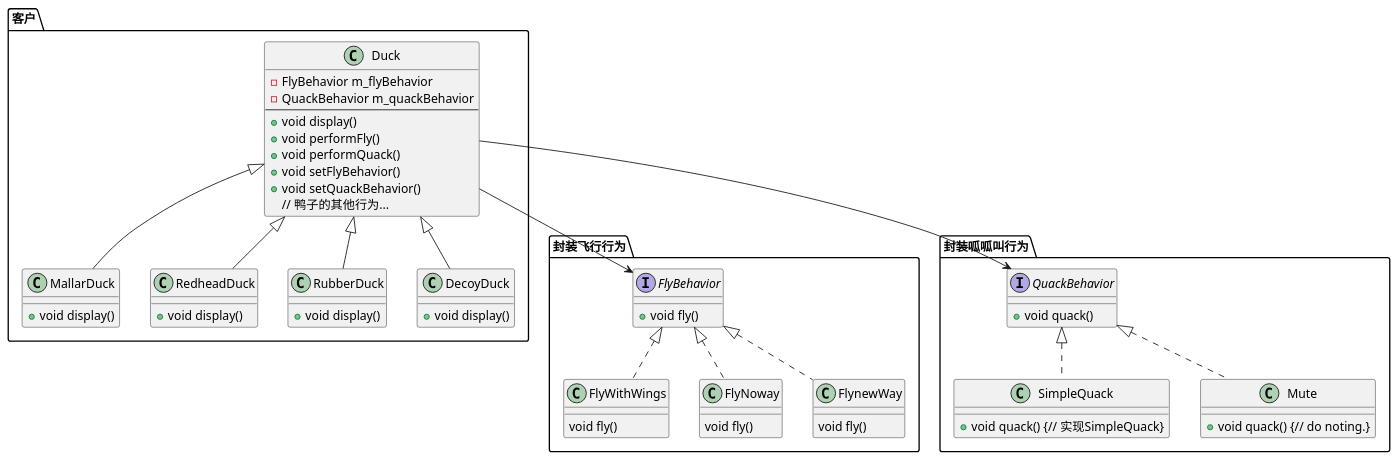
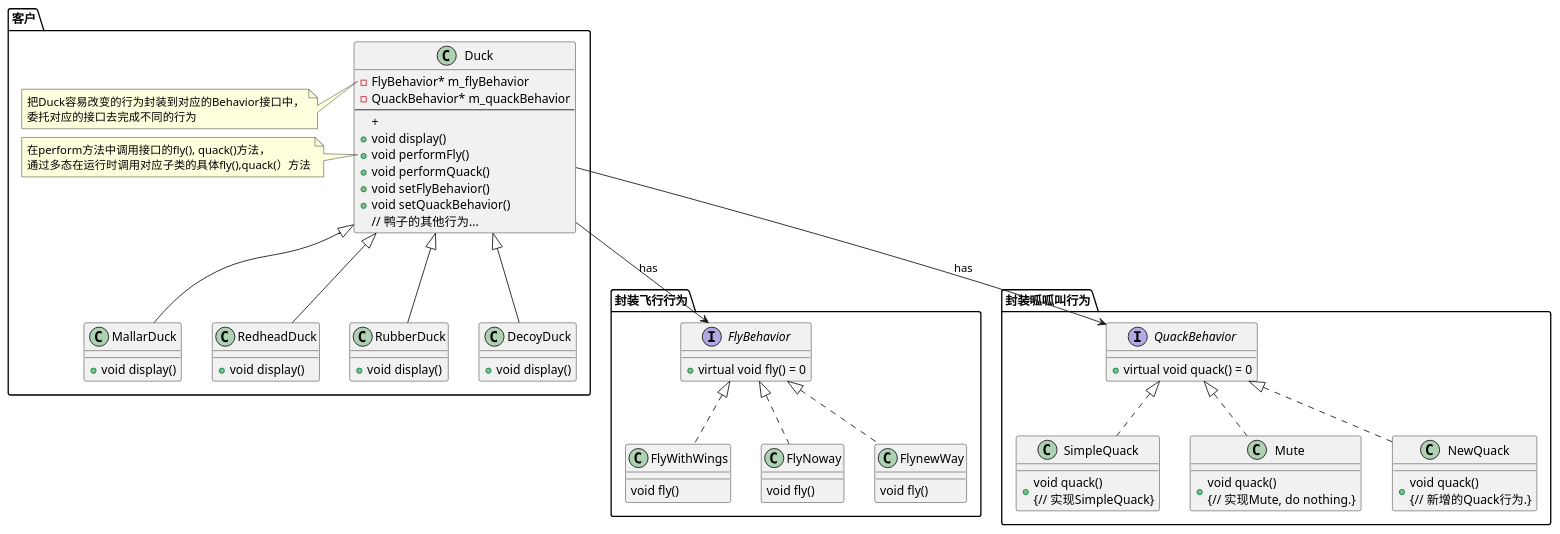
Before and after one commit to jwbecalm/Head-First-Design-Patterns-in-CPP: the diagram in ch01_Strategy/plantuml/Strategy_class.plantuml, drawn with PlantUML. The commit also changed 7 other files, not shown here.

Commit message:
modify Strategy_class plantuml

```diff
--- a/ch01_Strategy/plantuml/Strategy_class.plantuml
+++ b/ch01_Strategy/plantuml/Strategy_class.plantuml
@@ -1,63 +1,74 @@
 @startuml Strategy Pattern
+
 package "客户"{
 class Duck
 {
-    - FlyBehavior m_flyBehavior
-    - QuackBehavior m_quackBehavior
+    - FlyBehavior* m_flyBehavior
+    - QuackBehavior* m_quackBehavior
     --
+    + 
     + void display()
     + void performFly()
     + void performQuack()
     + void setFlyBehavior()
     + void setQuackBehavior()
     // 鸭子的其他行为...
 }
+note left of Duck::m_flyBehavior
+把Duck容易改变的行为封装到对应的Behavior接口中，
+委托对应的接口去完成不同的行为
+end note
 
-
+note left of Duck::performFly
+在perform方法中调用接口的fly(), quack()方法，
+通过多态在运行时调用对应子类的具体fly(),quack(）方法
+end note
 
 class MallarDuck extends Duck{
     +void display()
 }
 class RedheadDuck extends Duck{
     +void display()
 }
 class RubberDuck extends Duck{
     +void display()
 }
 class DecoyDuck extends Duck{
     +void display()
 }
 }
 package "封装飞行行为" {
-Duck -->FlyBehavior
+Duck -->FlyBehavior: has
 interface FlyBehavior{
-    +void fly()
+    + virtual void fly() = 0
 }
 
 
 class FlyWithWings implements FlyBehavior{
     void fly()
 }
 class FlyNoway implements FlyBehavior{
     void fly()
 }
 class FlynewWay implements FlyBehavior{
     void fly()
 }
 }
 
 package "封装呱呱叫行为"{
-Duck -->QuackBehavior
+Duck -->QuackBehavior: has
 
 interface QuackBehavior{
-    + void quack()
+    + virtual void quack() = 0
 }
 class SimpleQuack implements QuackBehavior{
-    + void quack() {// 实现SimpleQuack}
+    + void quack() \n{// 实现SimpleQuack}
 }
 class Mute implements QuackBehavior{
-    + void quack() {// do noting.}
+    + void quack() \n{// 实现Mute, do nothing.}
 }
-
+class NewQuack implements QuackBehavior{
+    + void quack() \n{// 新增的Quack行为.}
+}
 }
 @enduml
```
